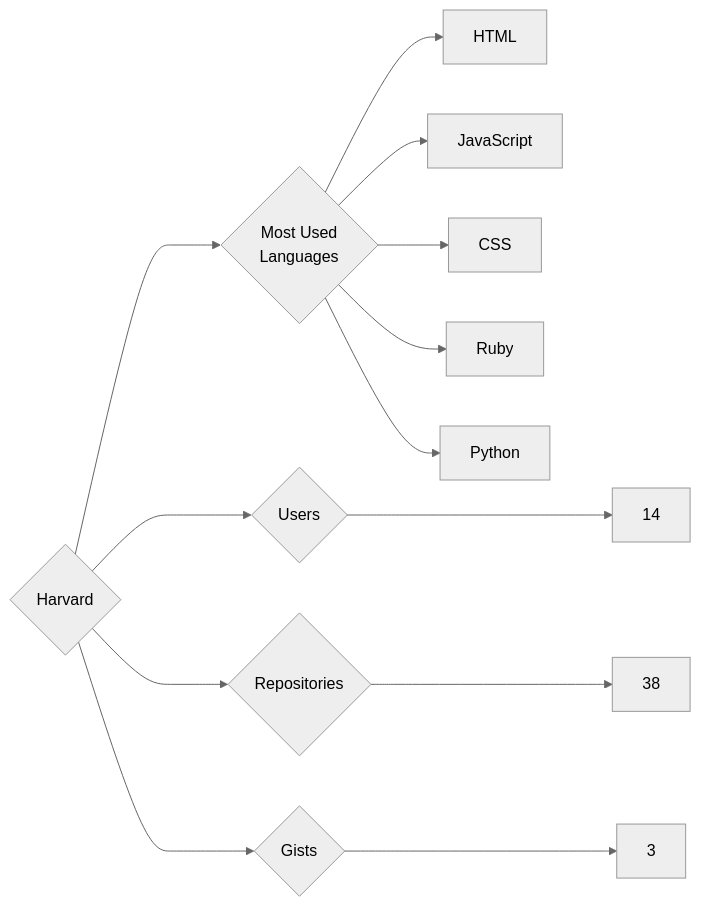
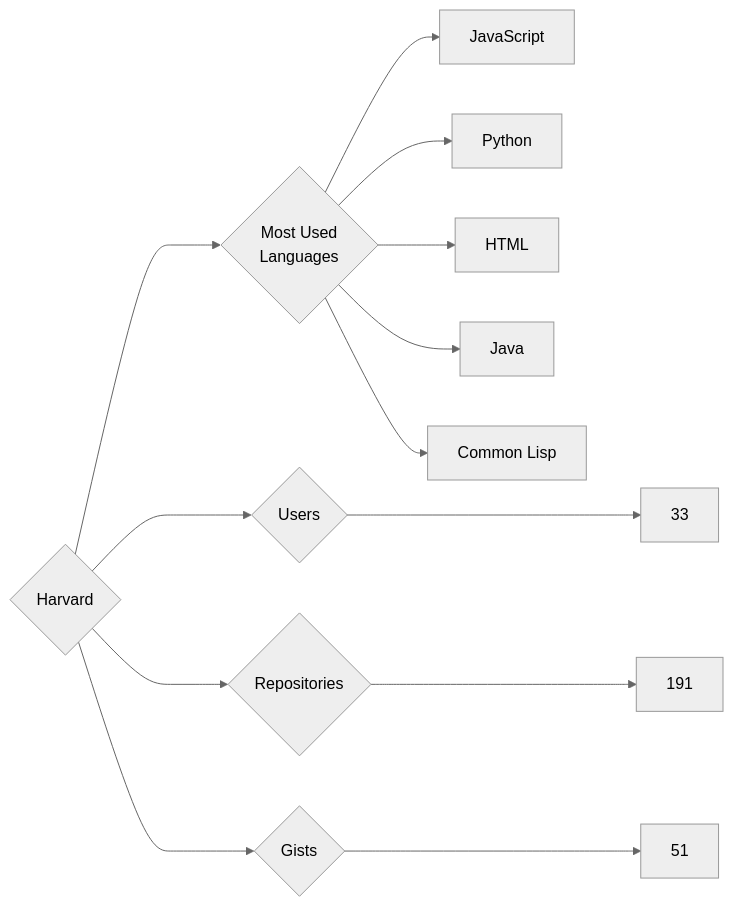
Before and after one commit to trickest/insiders: the diagram in targets/Harvard/README.md, drawn with Mermaid (neutral theme). The commit also changed 614 other files, not shown here.

````diff
--- a/targets/Harvard/README.md
+++ b/targets/Harvard/README.md
@@ -3,13 +3,13 @@
 ```mermaid
 graph LR
 COMPANY_NAME{Harvard}
-COMPANY_NAME ---> U{Users} ---> UN[14]
-COMPANY_NAME ---> R{Repositories} ---> RN[38]
-COMPANY_NAME ---> G{Gists} ---> GN[3]
+COMPANY_NAME ---> U{Users} ---> UN[33]
+COMPANY_NAME ---> R{Repositories} ---> RN[191]
+COMPANY_NAME ---> G{Gists} ---> GN[51]
 COMPANY_NAME ---> ML{Most Used<br>Languages}
+ML --> JavaScript[JavaScript]
+ML --> Python[Python]
 ML --> HTML[HTML]
-ML --> JavaScript[JavaScript]
-ML --> CSS[CSS]
-ML --> Ruby[Ruby]
-ML --> Python[Python]
+ML --> Java[Java]
+ML --> Common_Lisp[Common Lisp]
 ```
````
